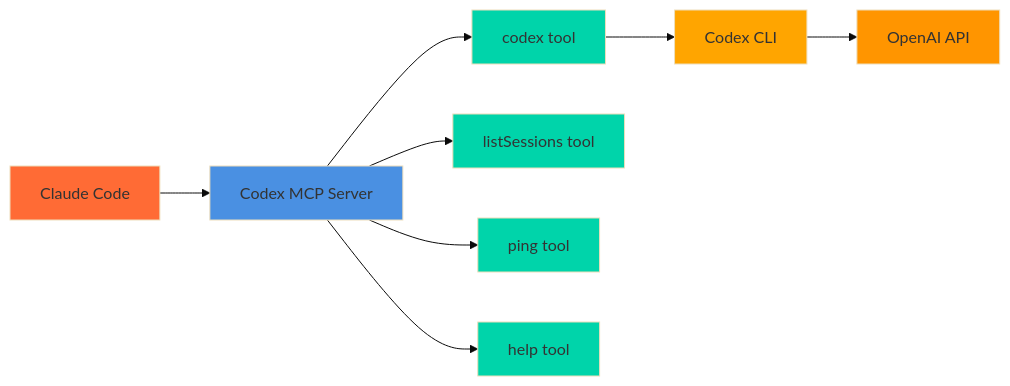
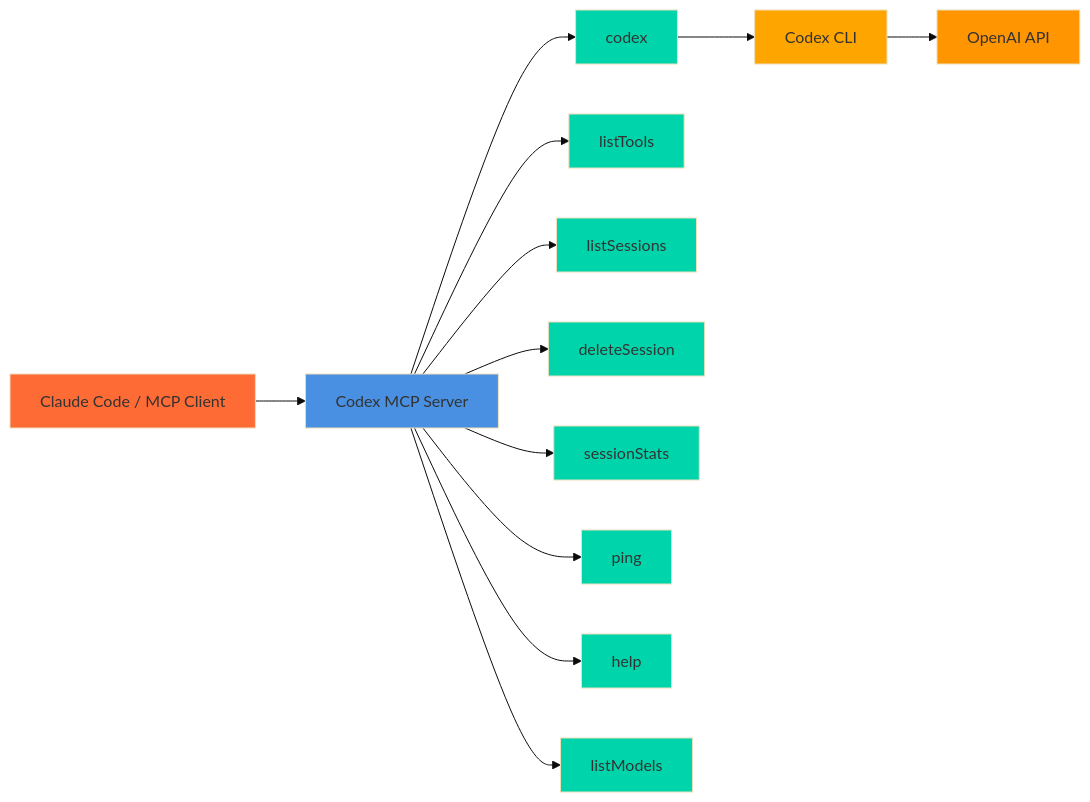
One commit to CoMfUcIoS/codex-mcp-server changed the diagram in docs/index.md. Above: the diagram before and after it, drawn with Mermaid (base theme). The commit also changed other lines of this file and 28 other files, not shown here.

````diff
--- a/docs/index.md
+++ b/docs/index.md
@@ -5,18 +5,26 @@
 ```mermaid
 graph LR
-    A[Claude Code] --> B[Codex MCP Server]
-    B --> C[codex tool]
-    B --> H[listSessions tool]
-    B --> D[ping tool]
-    B --> E[help tool]
+    A[Claude Code / MCP Client] --> B[Codex MCP Server]
+    B --> C[codex]
+    B --> L[listTools]
+    B --> S[listSessions]
+    B --> X[deleteSession]
+    B --> T[sessionStats]
+    B --> P[ping]
+    B --> H[help]
+    B --> M[listModels]
     C --> F[Codex CLI]
     F --> G[OpenAI API]
     style A fill:#FF6B35
     style B fill:#4A90E2
     style C fill:#00D4AA
-    style D fill:#00D4AA
-    style E fill:#00D4AA
+    style L fill:#00D4AA
+    style S fill:#00D4AA
+    style X fill:#00D4AA
+    style T fill:#00D4AA
+    style P fill:#00D4AA
+    style H fill:#00D4AA
+    style M fill:#00D4AA
     style F fill:#FFA500
     style G fill:#FF9500
-    style H fill:#00D4AA
 ```
````
